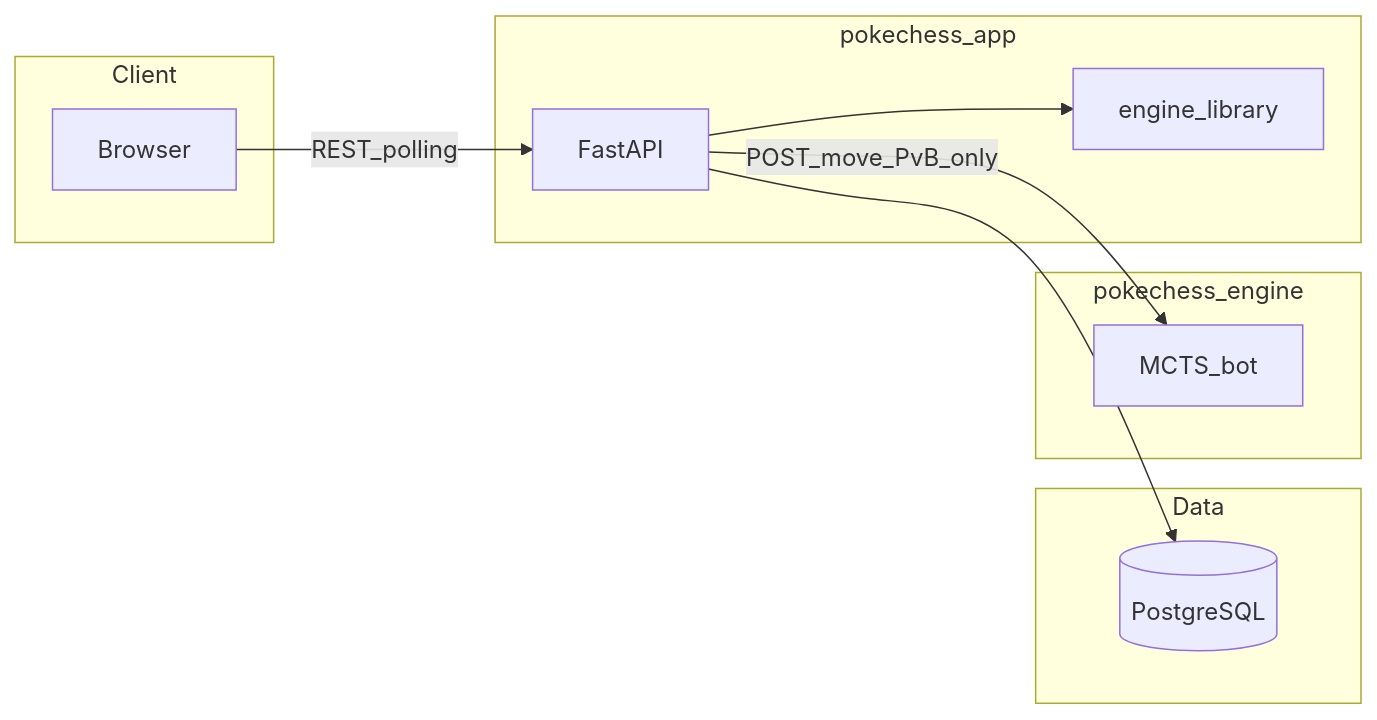
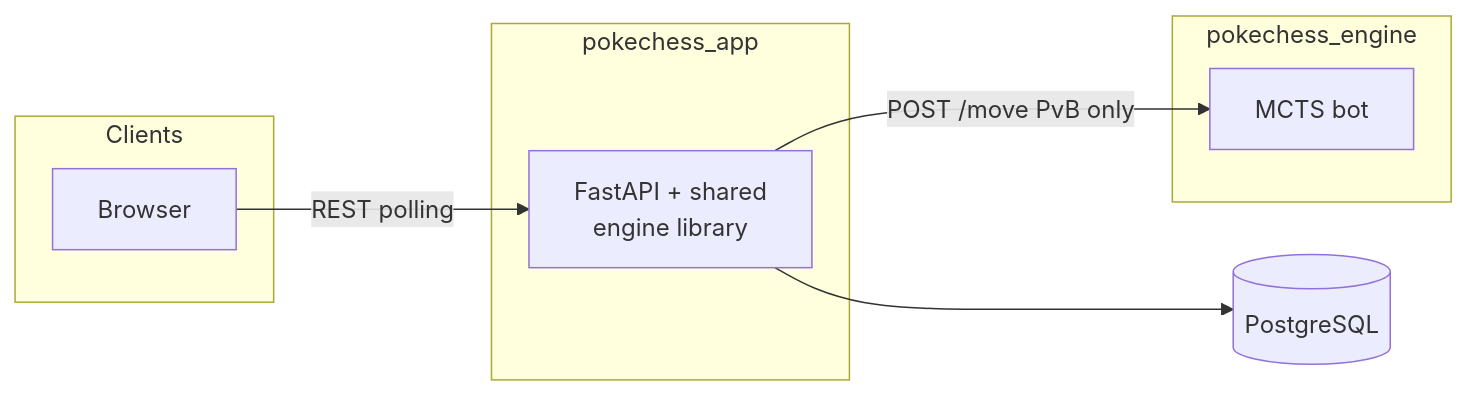
The first of 2 diagrams in docs/MASTERDOC.md (nherringer/PokeChess), drawn with Mermaid before and after one commit. The commit also changed other lines of this file, not shown here.

````diff
--- a/docs/MASTERDOC.md
+++ b/docs/MASTERDOC.md
@@ -125,20 +125,16 @@
 ```mermaid
 flowchart LR
-  subgraph client [Client]
+  subgraph clients [Clients]
     Browser[Browser]
   end
-  subgraph appLayer [pokechess_app]
-    FastAPI[FastAPI]
-    EngineLib[engine_library]
+  subgraph app [pokechess_app]
+    Core["FastAPI + shared<br/>engine library"]
   end
-  subgraph data [Data]
-    PG[(PostgreSQL)]
+  DB[(PostgreSQL)]
+  subgraph engineSvc [pokechess_engine]
+    Bot[MCTS bot]
   end
-  subgraph engineSvc [pokechess_engine]
-    MCTS[MCTS_bot]
-  end
-  Browser -->|REST_polling| FastAPI
-  FastAPI --> PG
-  FastAPI --> EngineLib
-  FastAPI -->|POST_move_PvB_only| MCTS
+  Browser -->|REST polling| Core
+  Core --> DB
+  Core -->|POST /move PvB only| Bot
 ```
````
